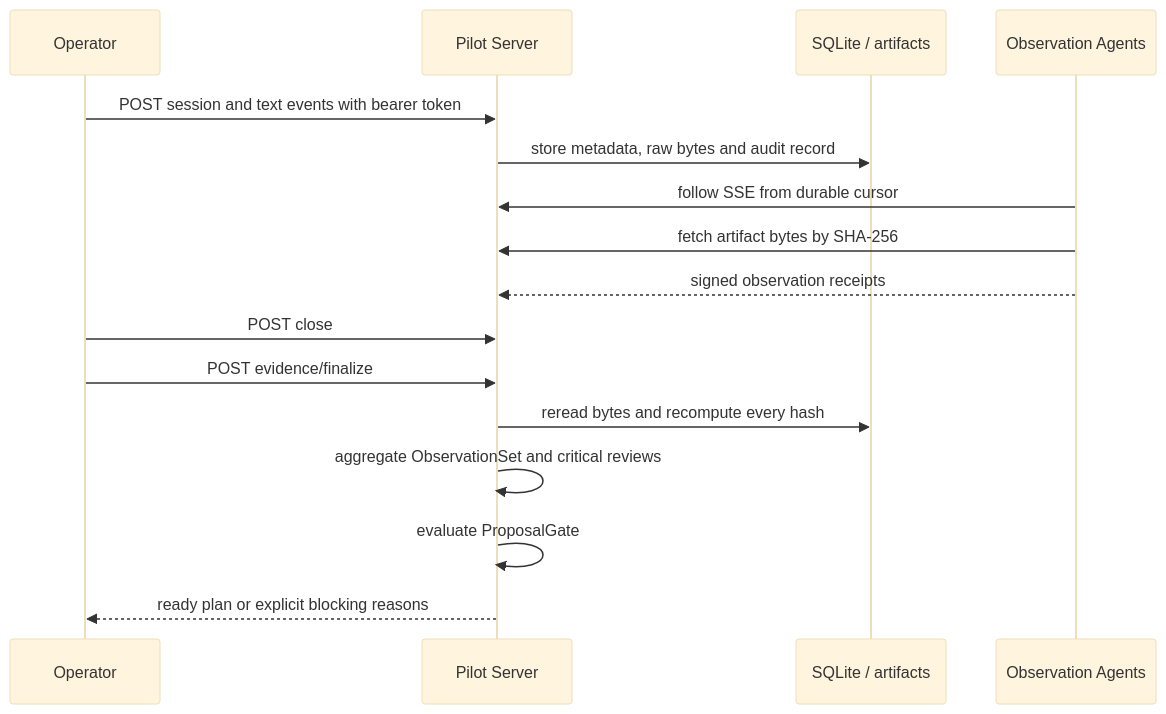
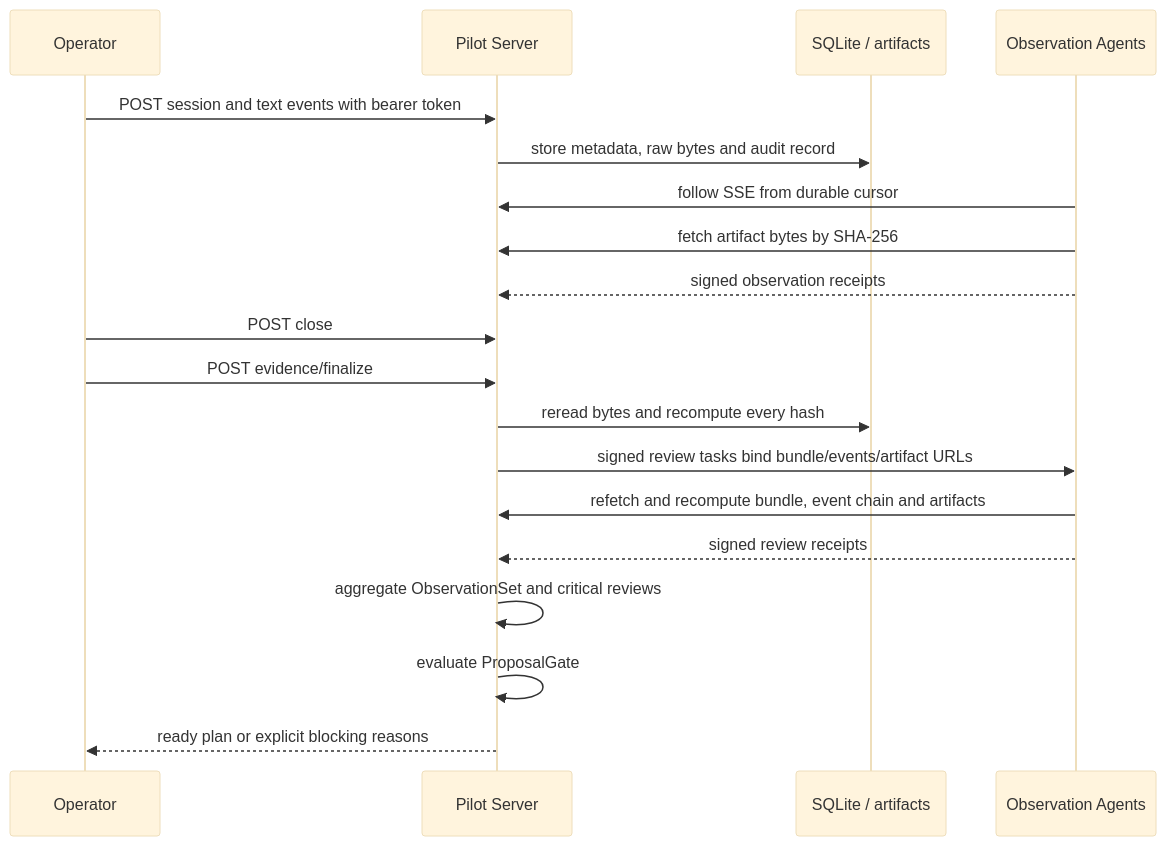
One commit to Wenbobobo/loveengine-witness-skill changed the third of 4 diagrams in docs/architecture/witness-core-and-data-flow.zh-CN.md. Above: the diagram before and after it, drawn with Mermaid (base theme). The commit also changed other lines of this file and 63 other files, not shown here.

```diff
--- a/docs/architecture/witness-core-and-data-flow.zh-CN.md
+++ b/docs/architecture/witness-core-and-data-flow.zh-CN.md
@@ -88,18 +90,21 @@
 ~~~mermaid
 sequenceDiagram
     participant O as Operator
     participant S as Pilot Server
     participant D as SQLite / artifacts
     participant A as Observation Agents
     O->>S: POST session and text events with bearer token
     S->>D: store metadata, raw bytes and audit record
     A->>S: follow SSE from durable cursor
     A->>S: fetch artifact bytes by SHA-256
     A-->>S: signed observation receipts
     O->>S: POST close
     O->>S: POST evidence/finalize
     S->>D: reread bytes and recompute every hash
+    S->>A: signed review tasks bind bundle/events/artifact URLs
+    A->>S: refetch and recompute bundle, event chain and artifacts
+    A-->>S: signed review receipts
     S->>S: aggregate ObservationSet and critical reviews
     S->>S: evaluate ProposalGate
     S-->>O: ready plan or explicit blocking reasons
 ~~~
```
